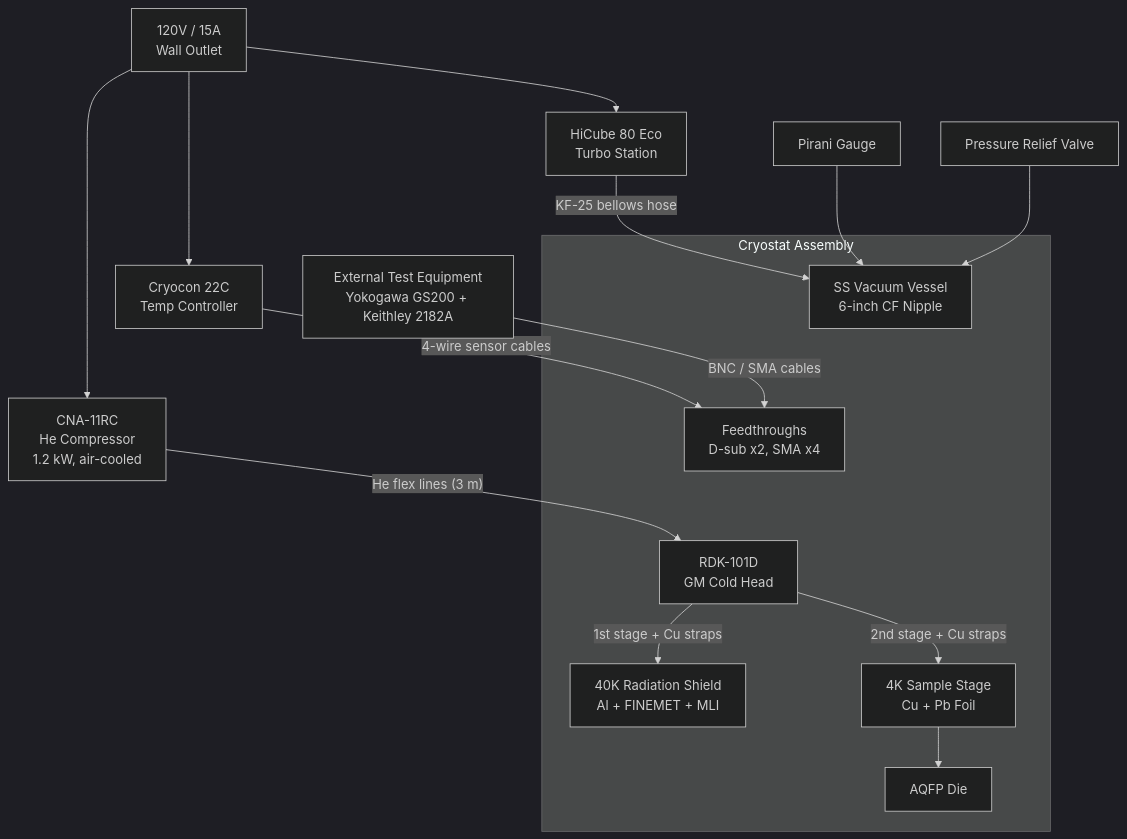
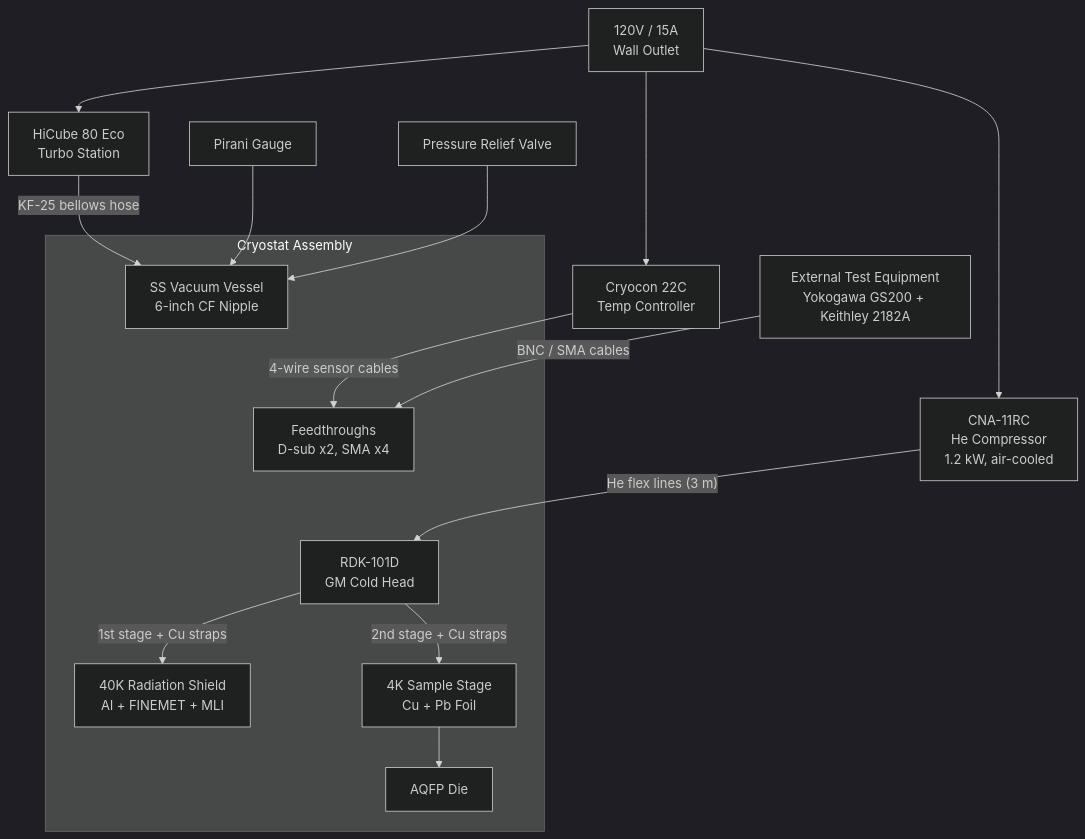
Before and after one commit to AlexWynn-AM/cryo-rack: the diagram in docs/vertiv-design-package.md, drawn with Mermaid (dark theme). The commit also changed 2 other files, not shown here.

Commit message:
Fix mermaid diagram and add concept render image
- Fix flowchart node ordering so subgraph nodes are defined before referenced
- Add cryo rack concept render to Executive Summary
- Regenerate PDF

````diff
--- a/docs/vertiv-design-package.md
+++ b/docs/vertiv-design-package.md
@@ -55,33 +57,37 @@
 ```mermaid
 flowchart TD
     power["120V / 15A\nWall Outlet"]
-
-    power --> compressor["CNA-11RC\nHe Compressor\n1.2 kW, air-cooled"]
-    power --> pumpStation["HiCube 80 Eco\nTurbo Station"]
-    power --> tempController["Cryocon 22C\nTemp Controller"]
-
+    compressor["CNA-11RC\nHe Compressor\n1.2 kW, air-cooled"]
+    pumpStation["HiCube 80 Eco\nTurbo Station"]
+    tempController["Cryocon 22C\nTemp Controller"]
     testEquip["External Test Equipment\nYokogawa GS200 + Keithley 2182A"]
-
-    compressor -->|"He flex lines (3 m)"| coldHead
-    pumpStation -->|"KF-25 bellows hose"| vessel
-    tempController -->|"4-wire sensor cables"| feedthroughs
-    testEquip -->|"BNC / SMA cables"| feedthroughs
+    gauge["Pirani Gauge"]
+    relief["Pressure Relief Valve"]
 
     subgraph cryostat["Cryostat Assembly"]
         vessel["SS Vacuum Vessel\n6-inch CF Nipple"]
         feedthroughs["Feedthroughs\nD-sub x2, SMA x4"]
         coldHead["RDK-101D\nGM Cold Head"]
         radShield["40K Radiation Shield\nAl + FINEMET + MLI"]
         sampleStage["4K Sample Stage\nCu + Pb Foil"]
         aqfpDie["AQFP Die"]
 
         vessel ~~~ feedthroughs
         feedthroughs ~~~ coldHead
         coldHead -->|"1st stage + Cu straps"| radShield
         coldHead -->|"2nd stage + Cu straps"| sampleStage
         sampleStage --> aqfpDie
     end
 
-    gauge["Pirani Gauge"] --> vessel
-    relief["Pressure Relief Valve"] --> vessel
+    power --> compressor
+    power --> pumpStation
+    power --> tempController
+
+    compressor -->|"He flex lines (3 m)"| coldHead
+    pumpStation -->|"KF-25 bellows hose"| vessel
+    tempController -->|"4-wire sensor cables"| feedthroughs
+    testEquip -->|"BNC / SMA cables"| feedthroughs
+
+    gauge --> vessel
+    relief --> vessel
 ```
````
